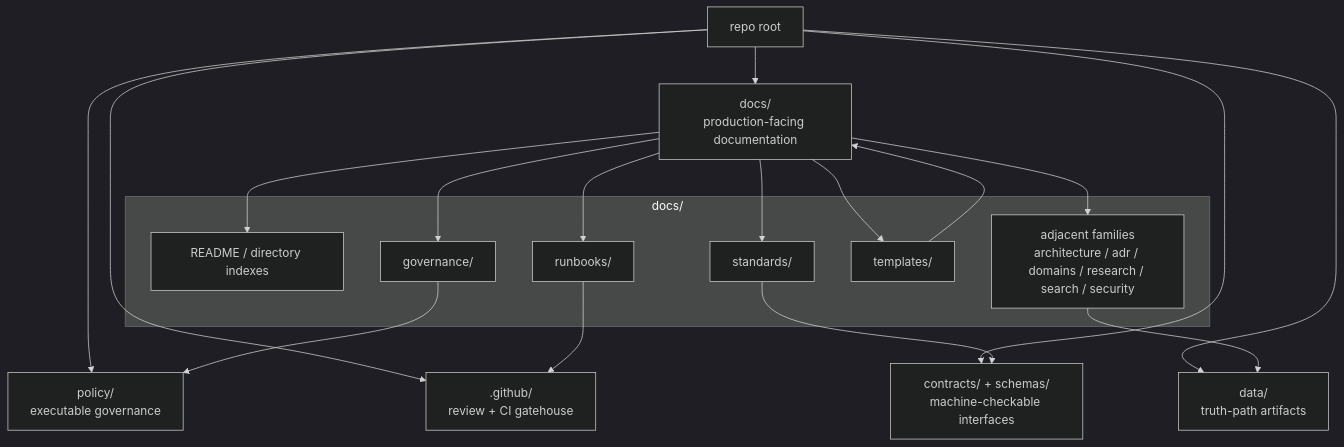
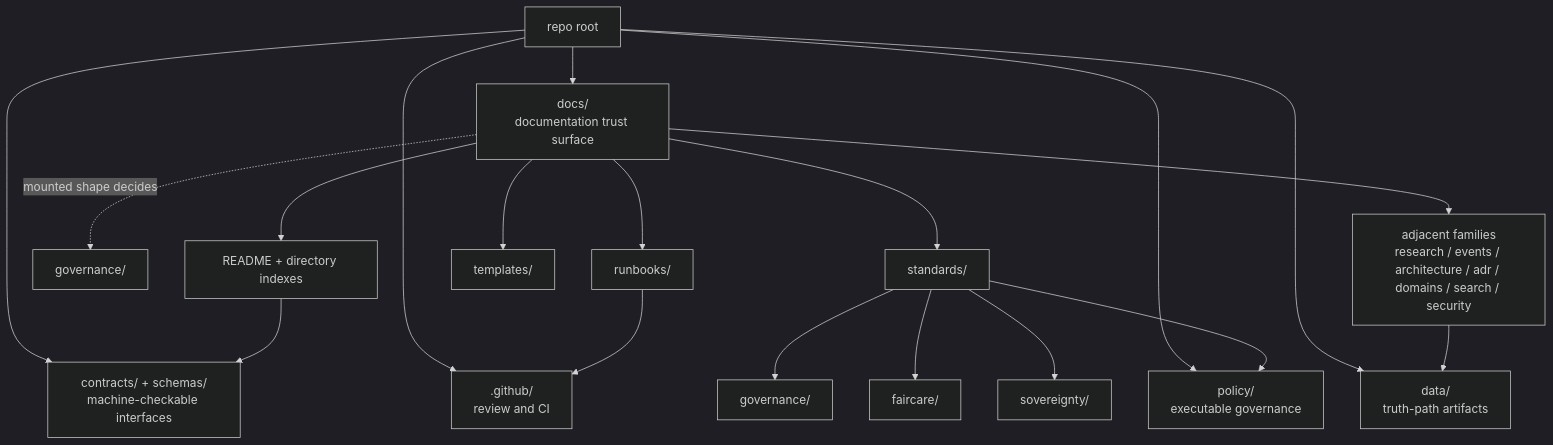
One commit to bartytime4life/Kansas-Frontier-Matrix changed the diagram in docs/README.md. Above: the diagram before and after it, drawn with Mermaid (dark theme). The commit also changed other lines of this file, not shown here.

````diff
--- a/docs/README.md
+++ b/docs/README.md
@@ -201,30 +226,24 @@
 ```mermaid
 flowchart TD
-    ROOT["repo root"] --> DOCS["docs/<br/>production-facing documentation"]
+    ROOT["repo root"] --> DOCS["docs/<br/>documentation trust surface"]
     ROOT --> CONTRACTS["contracts/ + schemas/<br/>machine-checkable interfaces"]
     ROOT --> POLICY["policy/<br/>executable governance"]
     ROOT --> DATA["data/<br/>truth-path artifacts"]
-    ROOT --> GATE[".github/<br/>review + CI gatehouse"]
+    ROOT --> GH[".github/<br/>review and CI"]
 
-    subgraph D["docs/"]
-        IDX["README / directory indexes"]
-        GOV["governance/"]
-        RUN["runbooks/"]
-        STD["standards/"]
-        TMP["templates/"]
-        ADJ["adjacent families<br/>architecture / adr / domains / research / search / security"]
-    end
+    DOCS --> IDX["README + directory indexes"]
+    DOCS -. mounted shape decides .-> GOV["governance/"]
+    DOCS --> RUN["runbooks/"]
+    DOCS --> STD["standards/"]
+    DOCS --> TMP["templates/"]
+    DOCS --> ADJ["adjacent families<br/>research / events / architecture / adr / domains / search / security"]
 
-    DOCS --> IDX
-    DOCS --> GOV
-    DOCS --> RUN
-    DOCS --> STD
-    DOCS --> TMP
-    DOCS --> ADJ
+    STD --> SG["governance/"]
+    STD --> FC["faircare/"]
+    STD --> SV["sovereignty/"]
 
-    GOV --> POLICY
-    RUN --> GATE
-    STD --> CONTRACTS
-    TMP --> DOCS
+    RUN --> GH
+    STD --> POLICY
+    IDX --> CONTRACTS
     ADJ --> DATA
 ```
````
